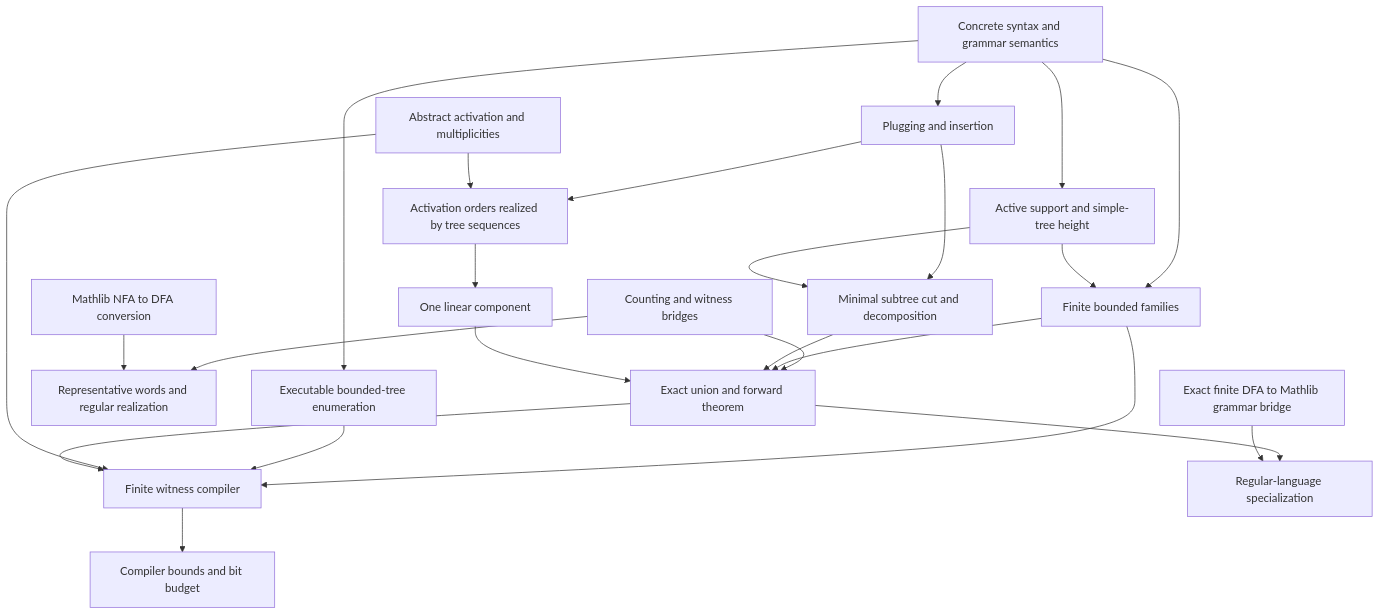
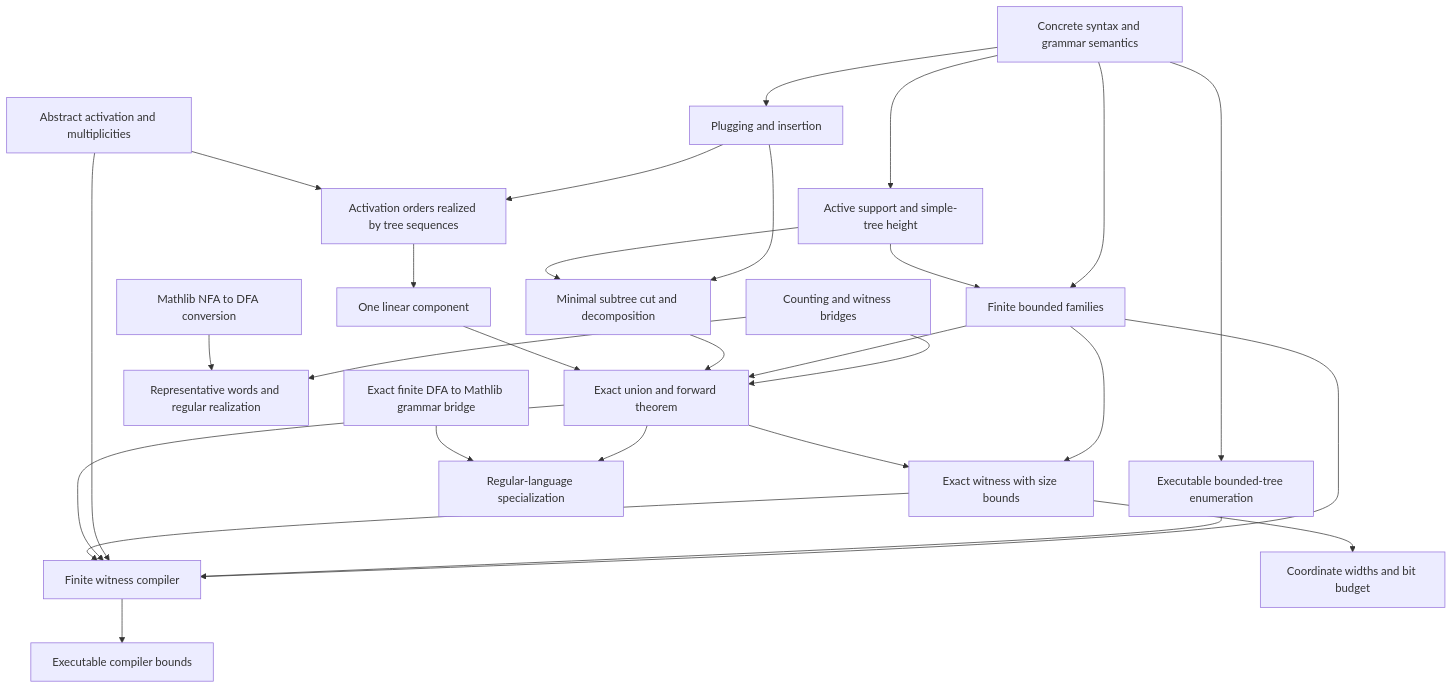
Before and after one commit to focs-lab/parikh-theorem: the diagram in docs/PROOF_PLAN.md, drawn with Mermaid. The commit also changed other lines of this file and 9 other files, not shown here.

Commit message:
Prove exact semilinear witnesses satisfy all four size bounds

````diff
--- a/docs/PROOF_PLAN.md
+++ b/docs/PROOF_PLAN.md
@@ -55,26 +58,30 @@
 ```mermaid
 flowchart TD
   Counting[Counting and witness bridges] --> Main[Exact union and forward theorem]
   Trees[Concrete syntax and grammar semantics] --> Surgery[Plugging and insertion]
   Trees --> Height[Active support and simple-tree height]
   Trees --> Bounded[Finite bounded families]
   Height --> Bounded
   Surgery --> Cut[Minimal subtree cut and decomposition]
   Height --> Cut
   Bounded --> Main
   Surgery --> Realize[Activation orders realized by tree sequences]
   Activation[Abstract activation and multiplicities] --> Realize
   Realize --> Linear[One linear component]
   Cut --> Main
   Linear --> Main
   Counting --> Converse[Representative words and regular realization]
   DFA[Mathlib NFA to DFA conversion] --> Converse
   Trees --> Enumeration[Executable bounded-tree enumeration]
   Bounded --> Compiler[Finite witness compiler]
   Enumeration --> Compiler
   Activation --> Compiler
   Main --> Compiler
-  Compiler --> Bounds[Compiler bounds and bit budget]
+  Bounded --> Witness[Exact witness with size bounds]
+  Main --> Witness
+  Witness --> Compiler
+  Witness --> Bits[Coordinate widths and bit budget]
+  Compiler --> Bounds[Executable compiler bounds]
   Main --> Regular[Regular-language specialization]
   DFAGrammar[Exact finite DFA to Mathlib grammar bridge] --> Regular
 ```
````
